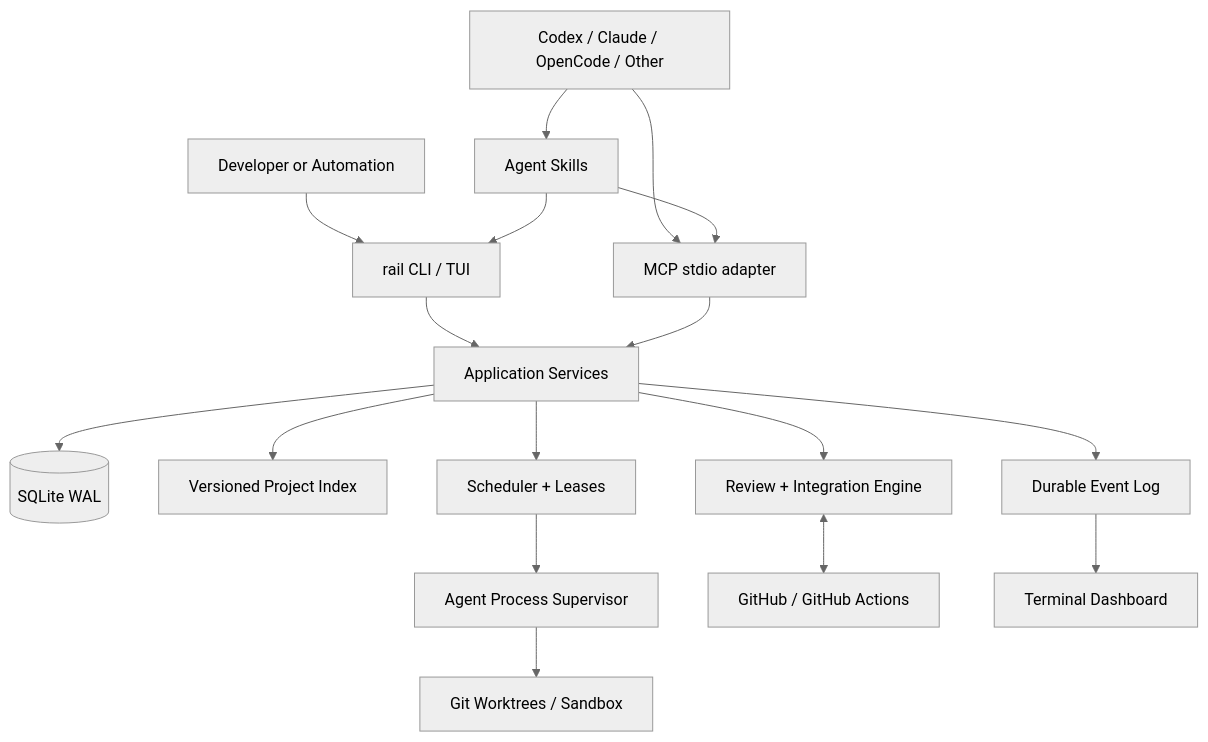
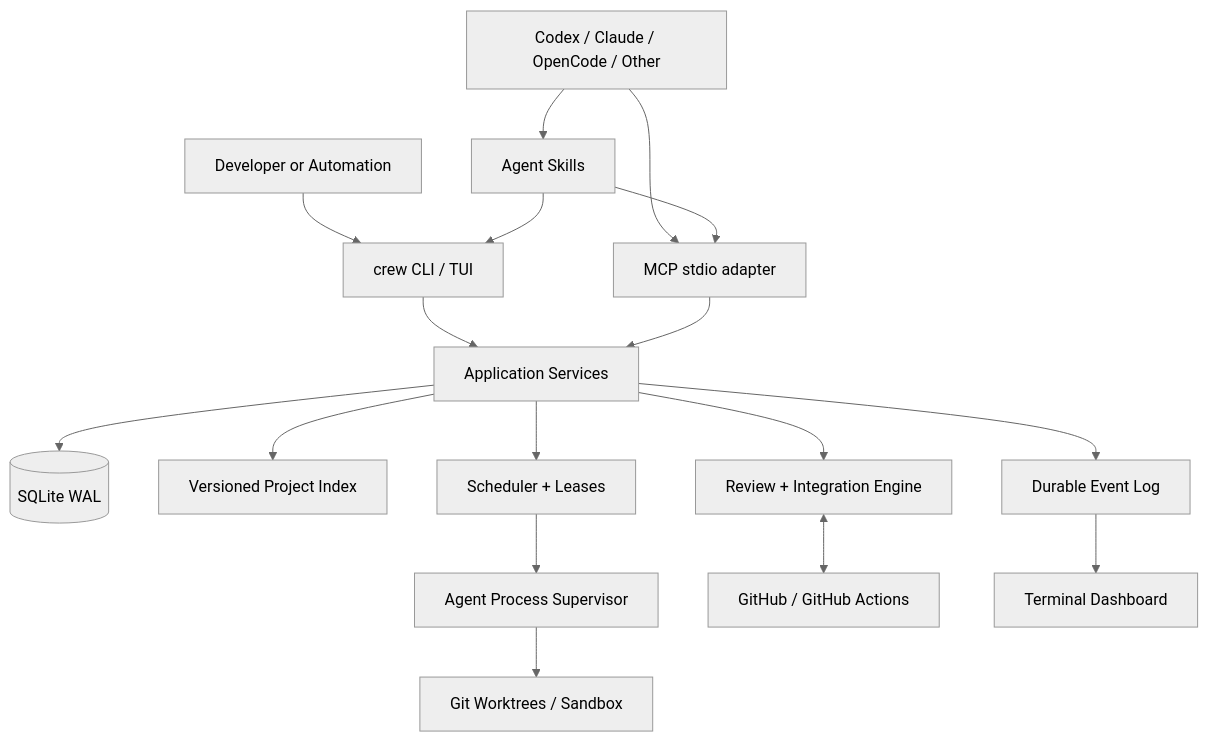
Before and after one commit to orafaelfragoso/crewyard: the first of 4 diagrams in docs/architecture/overview.md, drawn with Mermaid (neutral theme). The commit also changed other lines of this file and 281 other files, not shown here.

First line of the commit message:
Rename Agent Rail to Crewyard and the CLI to crew

````diff
--- a/docs/architecture/overview.md
+++ b/docs/architecture/overview.md
@@ -7,19 +7,19 @@
 ```mermaid
 flowchart TB
-  U[Developer or Automation] --> CLI[rail CLI / TUI]
+  U[Developer or Automation] --> CLI[crew CLI / TUI]
   A[Codex / Claude / OpenCode / Other] --> MCP[MCP stdio adapter]
   A --> SK[Agent Skills]
   SK --> CLI
   SK --> MCP
   CLI --> CORE[Application Services]
   MCP --> CORE
   CORE --> DB[(SQLite WAL)]
   CORE --> IDX[Versioned Project Index]
   CORE --> SCH[Scheduler + Leases]
   CORE --> INT[Review + Integration Engine]
   SCH --> WRK[Agent Process Supervisor]
   WRK --> WT[Git Worktrees / Sandbox]
   INT <--> GH[GitHub / GitHub Actions]
   CORE --> EVT[Durable Event Log]
   EVT --> TUI[Terminal Dashboard]
 ```
````
